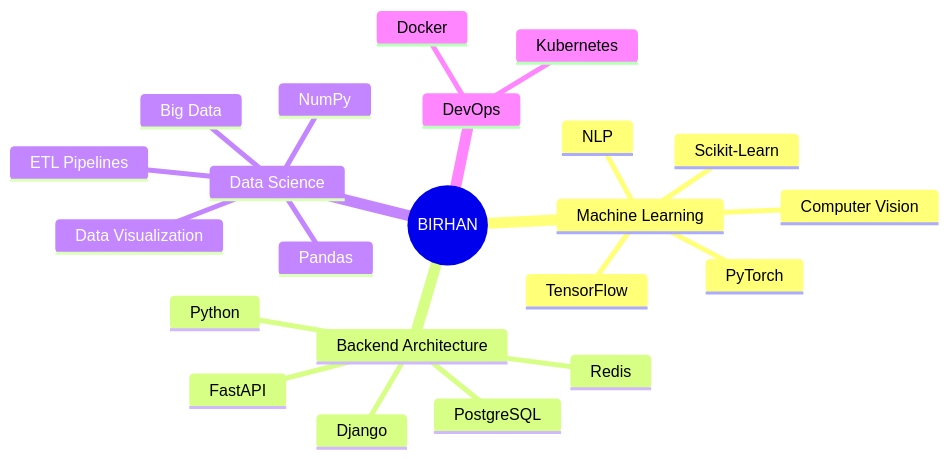
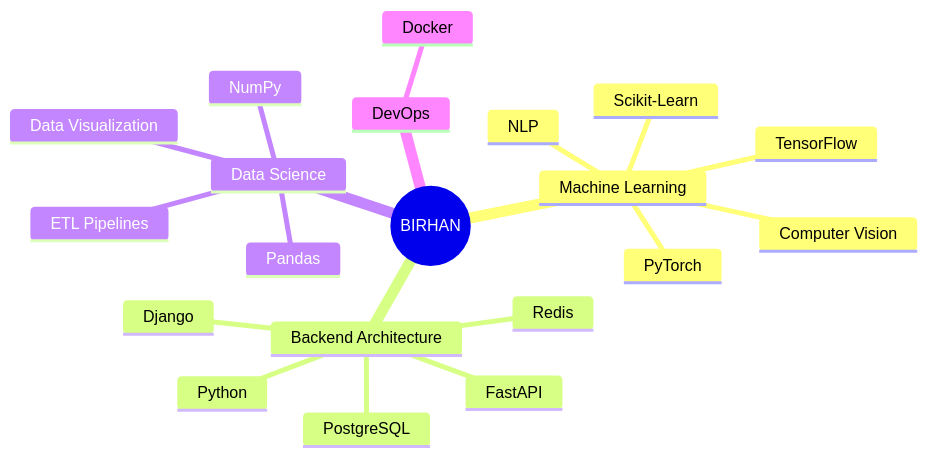
The diagram in README.md (Birhan121994/Birhan121994), drawn with Mermaid before and after one commit.

Commit message:
Update tech stack by removing 'Big Data' and 'Kubernetes'
Removed 'Big Data' and 'Kubernetes' from the tech stack list in the README.

````diff
--- a/README.md
+++ b/README.md
@@ -63,25 +63,23 @@
 ```mermaid
 mindmap
   root((BIRHAN))
     Machine Learning
       TensorFlow
       PyTorch
       Scikit-Learn
       Computer Vision
       NLP
     Backend Architecture
       Python
       Django
       FastAPI
       PostgreSQL
       Redis
     Data Science
       Pandas
       NumPy
       Data Visualization
       ETL Pipelines
-      Big Data
     DevOps
       Docker
-      Kubernetes
 ```
````
